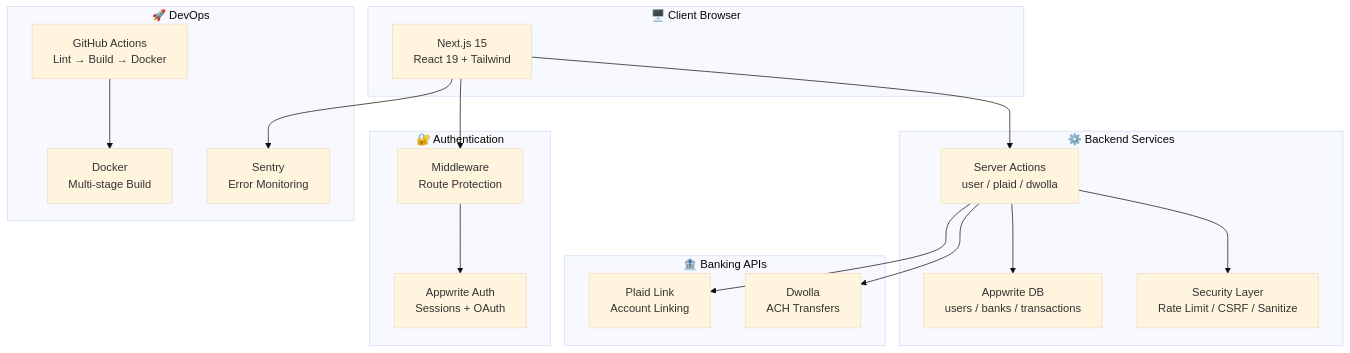
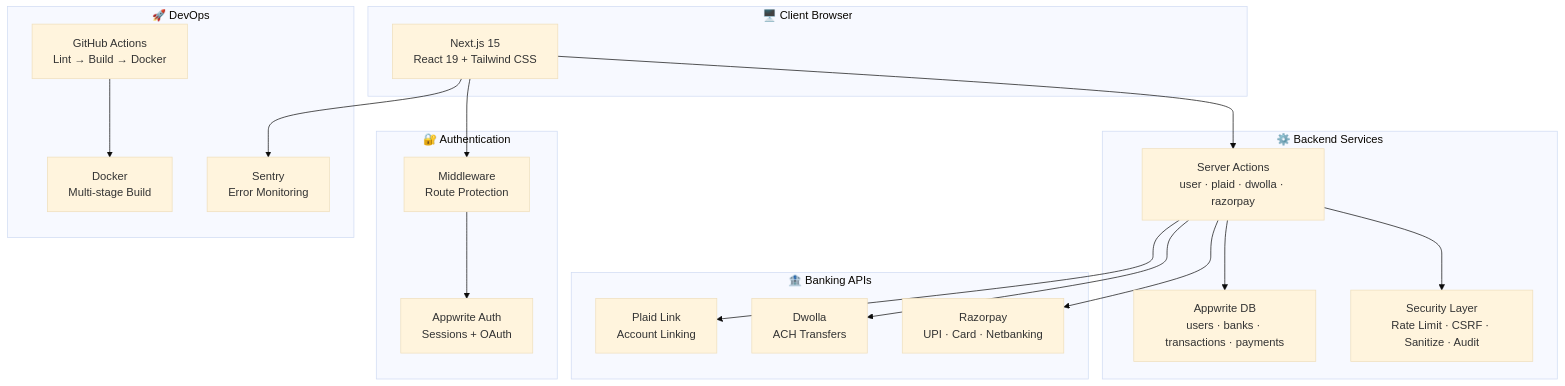
Before and after one commit to Script-Kitty01/bankverse: the first of 6 diagrams in README.md, drawn with Mermaid (base theme). The commit also changed other lines of this file, not shown here.

Commit message:
Add interactive README with ASCII art mockups, mermaid diagrams, Razorpay flows, and full documentation

````diff
--- a/README.md
+++ b/README.md
@@ -26,38 +42,37 @@
 ```mermaid
 graph TB
     subgraph Client["🖥️ Client Browser"]
-        UI["Next.js 15<br/>React 19 + Tailwind"]
+        UI["Next.js 15<br/>React 19 + Tailwind CSS"]
     end
 
     subgraph Auth["🔐 Authentication"]
         MW["Middleware<br/>Route Protection"]
         AW["Appwrite Auth<br/>Sessions + OAuth"]
     end
 
     subgraph Banking["🏦 Banking APIs"]
         PL["Plaid Link<br/>Account Linking"]
         DW["Dwolla<br/>ACH Transfers"]
+        RZ["Razorpay<br/>UPI · Card · Netbanking"]
     end
 
     subgraph Backend["⚙️ Backend Services"]
-        SA["Server Actions<br/>user / plaid / dwolla"]
-        DB["Appwrite DB<br/>users / banks / transactions"]
-        SEC["Security Layer<br/>Rate Limit / CSRF / Sanitize"]
+        SA["Server Actions<br/>user · plaid · dwolla · razorpay"]
+        DB["Appwrite DB<br/>users · banks · transactions · payments"]
+        SEC["Security Layer<br/>Rate Limit · CSRF · Sanitize · Audit"]
     end
 
     subgraph Ops["🚀 DevOps"]
         CI["GitHub Actions<br/>Lint → Build → Docker"]
         DO["Docker<br/>Multi-stage Build"]
         SN["Sentry<br/>Error Monitoring"]
     end
 
-    UI --> MW
-    MW --> AW
+    UI --> MW --> AW
     UI --> SA
-    SA --> PL
-    SA --> DW
+    SA --> PL & DW & RZ
     SA --> DB
     SA --> SEC
     CI --> DO
     UI --> SN
 ```
````
